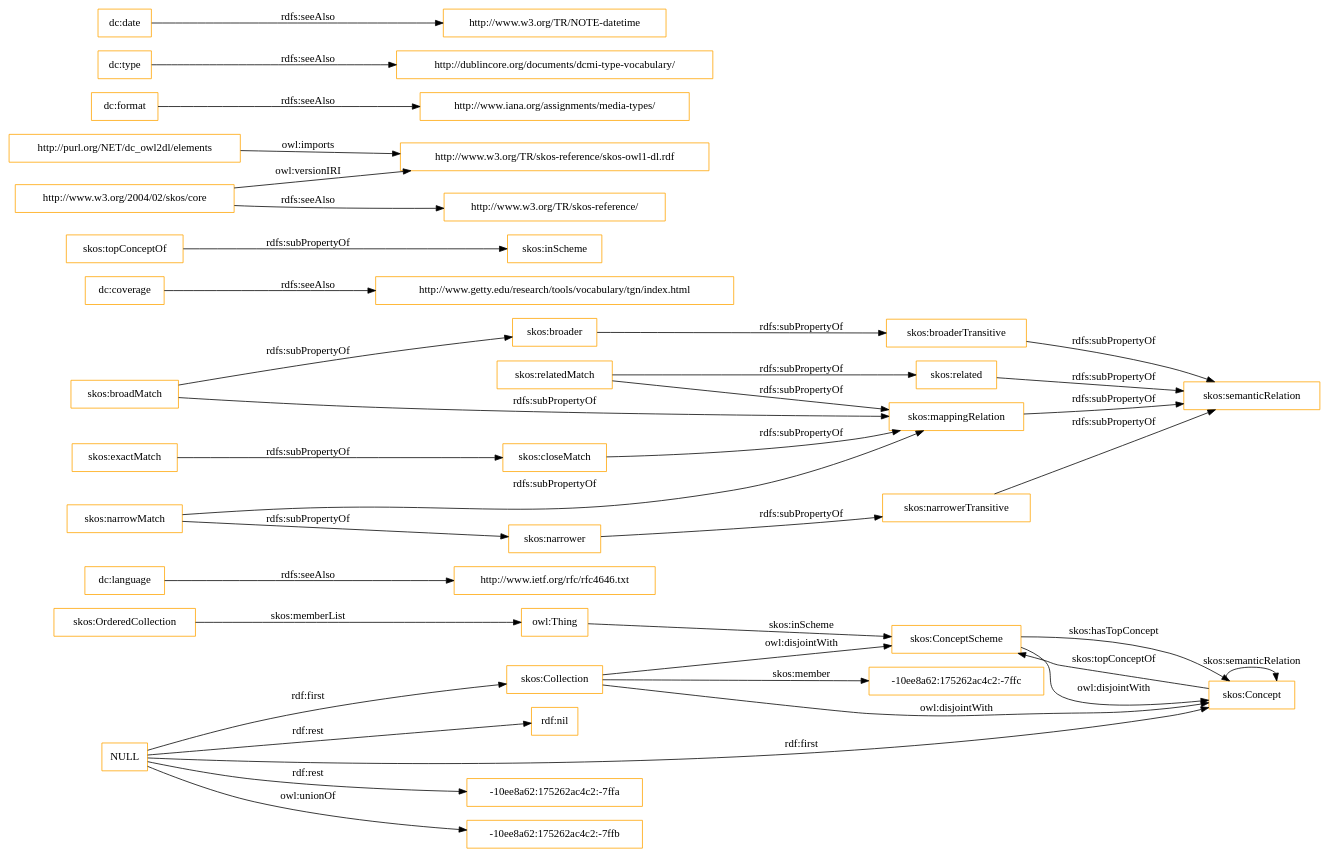
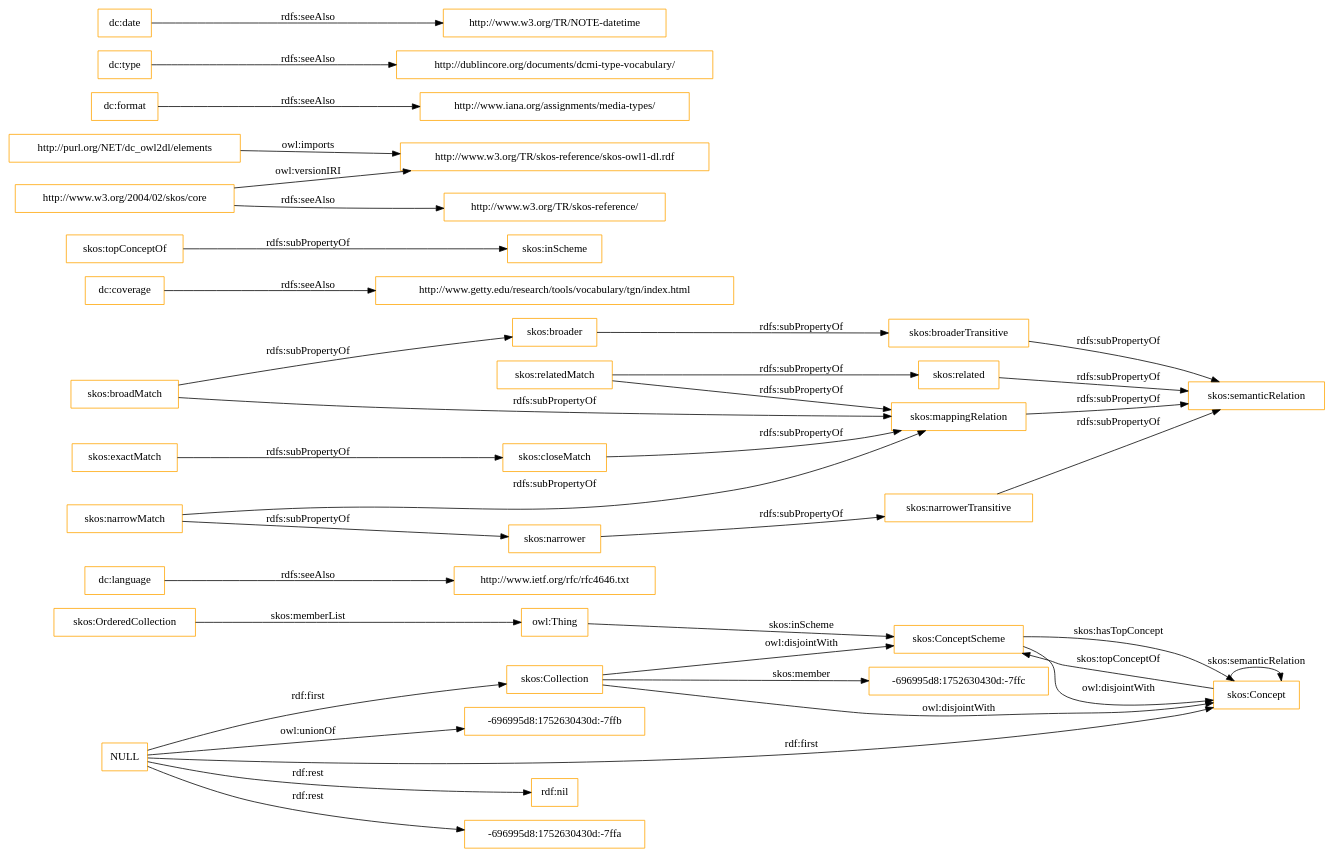
The diagram in OnToology/imports/elements.owl/diagrams/ar2dtool-class/elements.owl.png.dot (OnToologyUser/core-ontology-1), drawn with Graphviz before and after one commit. The commit also changed 14 other files, not shown here.

```diff
--- a/OnToology/imports/elements.owl/diagrams/ar2dtool-class/elements.owl.png.dot
+++ b/OnToology/imports/elements.owl/diagrams/ar2dtool-class/elements.owl.png.dot
@@ -1,43 +1,43 @@
 digraph ar2dtool_diagram { 
 rankdir=LR;
 size="1501"
-node [shape = rectangle, color="orange"]; "-10ee8a62:175262ac4c2:-7ffc" "skos:OrderedCollection" "skos:Collection" "skos:ConceptScheme" "skos:Concept" ; /*classes style*/
+node [shape = rectangle, color="orange"]; "-696995d8:1752630430d:-7ffc" "skos:OrderedCollection" "skos:Collection" "skos:ConceptScheme" "skos:Concept" ; /*classes style*/
 	"dc:language" -> "http://www.ietf.org/rfc/rfc4646.txt" [ label = "rdfs:seeAlso" ];
-	"NULL" -> "-10ee8a62:175262ac4c2:-7ffa" [ label = "rdf:rest" ];
-	"NULL" -> "skos:Concept" [ label = "rdf:first" ];
-	"NULL" -> "-10ee8a62:175262ac4c2:-7ffb" [ label = "owl:unionOf" ];
 	"NULL" -> "rdf:nil" [ label = "rdf:rest" ];
 	"NULL" -> "skos:Collection" [ label = "rdf:first" ];
+	"NULL" -> "-696995d8:1752630430d:-7ffa" [ label = "rdf:rest" ];
+	"NULL" -> "skos:Concept" [ label = "rdf:first" ];
+	"NULL" -> "-696995d8:1752630430d:-7ffb" [ label = "owl:unionOf" ];
 	"skos:closeMatch" -> "skos:mappingRelation" [ label = "rdfs:subPropertyOf" ];
 	"dc:coverage" -> "http://www.getty.edu/research/tools/vocabulary/tgn/index.html" [ label = "rdfs:seeAlso" ];
 	"skos:relatedMatch" -> "skos:related" [ label = "rdfs:subPropertyOf" ];
 	"skos:relatedMatch" -> "skos:mappingRelation" [ label = "rdfs:subPropertyOf" ];
 	"skos:ConceptScheme" -> "skos:Concept" [ label = "owl:disjointWith" ];
 	"skos:related" -> "skos:semanticRelation" [ label = "rdfs:subPropertyOf" ];
 	"skos:topConceptOf" -> "skos:inScheme" [ label = "rdfs:subPropertyOf" ];
 	"skos:broadMatch" -> "skos:broader" [ label = "rdfs:subPropertyOf" ];
 	"skos:broadMatch" -> "skos:mappingRelation" [ label = "rdfs:subPropertyOf" ];
 	"http://purl.org/NET/dc_owl2dl/elements" -> "http://www.w3.org/TR/skos-reference/skos-owl1-dl.rdf" [ label = "owl:imports" ];
 	"skos:exactMatch" -> "skos:closeMatch" [ label = "rdfs:subPropertyOf" ];
 	"dc:format" -> "http://www.iana.org/assignments/media-types/" [ label = "rdfs:seeAlso" ];
 	"skos:broaderTransitive" -> "skos:semanticRelation" [ label = "rdfs:subPropertyOf" ];
 	"dc:type" -> "http://dublincore.org/documents/dcmi-type-vocabulary/" [ label = "rdfs:seeAlso" ];
 	"skos:broader" -> "skos:broaderTransitive" [ label = "rdfs:subPropertyOf" ];
 	"skos:mappingRelation" -> "skos:semanticRelation" [ label = "rdfs:subPropertyOf" ];
 	"http://www.w3.org/2004/02/skos/core" -> "http://www.w3.org/TR/skos-reference/skos-owl1-dl.rdf" [ label = "owl:versionIRI" ];
 	"http://www.w3.org/2004/02/skos/core" -> "http://www.w3.org/TR/skos-reference/" [ label = "rdfs:seeAlso" ];
 	"skos:Collection" -> "skos:ConceptScheme" [ label = "owl:disjointWith" ];
 	"skos:Collection" -> "skos:Concept" [ label = "owl:disjointWith" ];
 	"skos:narrowMatch" -> "skos:narrower" [ label = "rdfs:subPropertyOf" ];
 	"skos:narrowMatch" -> "skos:mappingRelation" [ label = "rdfs:subPropertyOf" ];
 	"skos:narrower" -> "skos:narrowerTransitive" [ label = "rdfs:subPropertyOf" ];
 	"dc:date" -> "http://www.w3.org/TR/NOTE-datetime" [ label = "rdfs:seeAlso" ];
 	"skos:narrowerTransitive" -> "skos:semanticRelation" [ label = "rdfs:subPropertyOf" ];
 	"skos:OrderedCollection" -> "owl:Thing" [ label = "skos:memberList" ];
 	"skos:Concept" -> "skos:ConceptScheme" [ label = "skos:topConceptOf" ];
 	"skos:Concept" -> "skos:Concept" [ label = "skos:semanticRelation" ];
-	"skos:Collection" -> "-10ee8a62:175262ac4c2:-7ffc" [ label = "skos:member" ];
+	"skos:Collection" -> "-696995d8:1752630430d:-7ffc" [ label = "skos:member" ];
 	"skos:ConceptScheme" -> "skos:Concept" [ label = "skos:hasTopConcept" ];
 	"owl:Thing" -> "skos:ConceptScheme" [ label = "skos:inScheme" ];
 
 }
```
